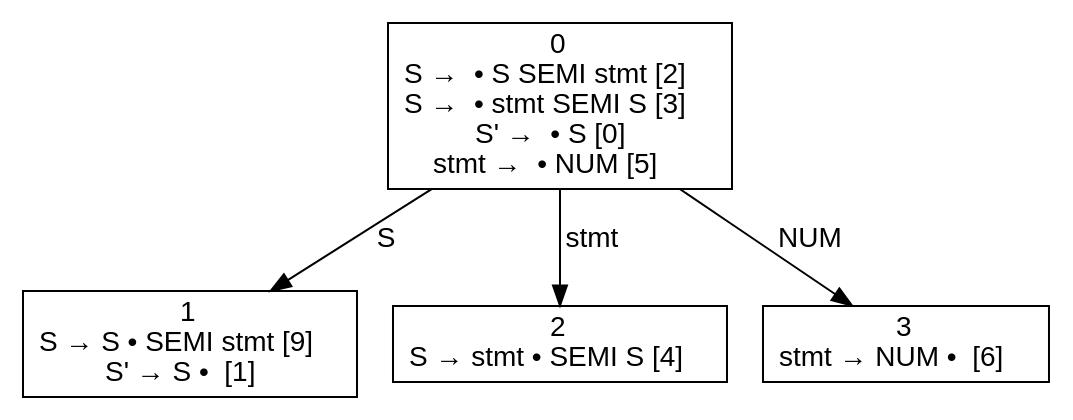
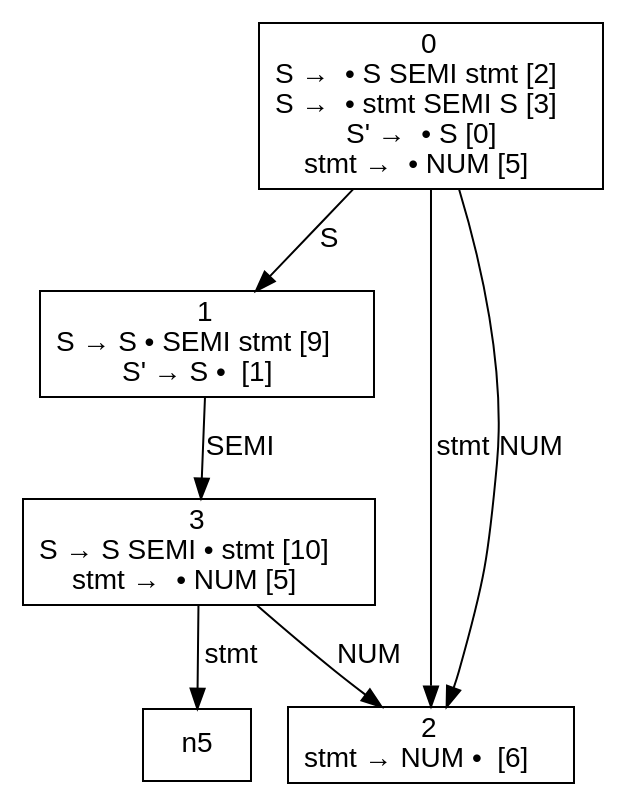
One commit to dragonsarebest/Compiler changed the diagram in PleaseWork/PleaseWork/oddball.txt.dfa.dot. Above: the diagram before and after it, drawn with Graphviz. The commit also changed 9 other files, not shown here.

```diff
--- a/PleaseWork/PleaseWork/oddball.txt.dfa.dot
+++ b/PleaseWork/PleaseWork/oddball.txt.dfa.dot
@@ -1,11 +1,14 @@
 digraph d{
 node [fontname=Helvetica,shape=box];
 edge [fontname=Helvetica];
 n0 [label=<0<br />S →  • S SEMI stmt [2]<br />S →  • stmt SEMI S [3]<br />S' →  • S [0]<br />stmt →  • NUM [5]>];
 n1 [label=<1<br />S → S • SEMI stmt [9]<br />S' → S •  [1]>];
-n2 [label=<2<br />S → stmt • SEMI S [4]>];
-n3 [label=<3<br />stmt → NUM •  [6]>];
+n2 [label=<2<br />stmt → NUM •  [6]>];
+n3 [label=<3<br />S → S SEMI • stmt [10]<br />stmt →  • NUM [5]>];
 n0 -> n1 [label="S"];
 n0 -> n2 [label="stmt"];
-n0 -> n3 [label="NUM"];
+n0 -> n2 [label="NUM"];
+n1 -> n3 [label="SEMI"];
+n3 -> n5 [label="stmt"];
+n3 -> n2 [label="NUM"];
 }
```
